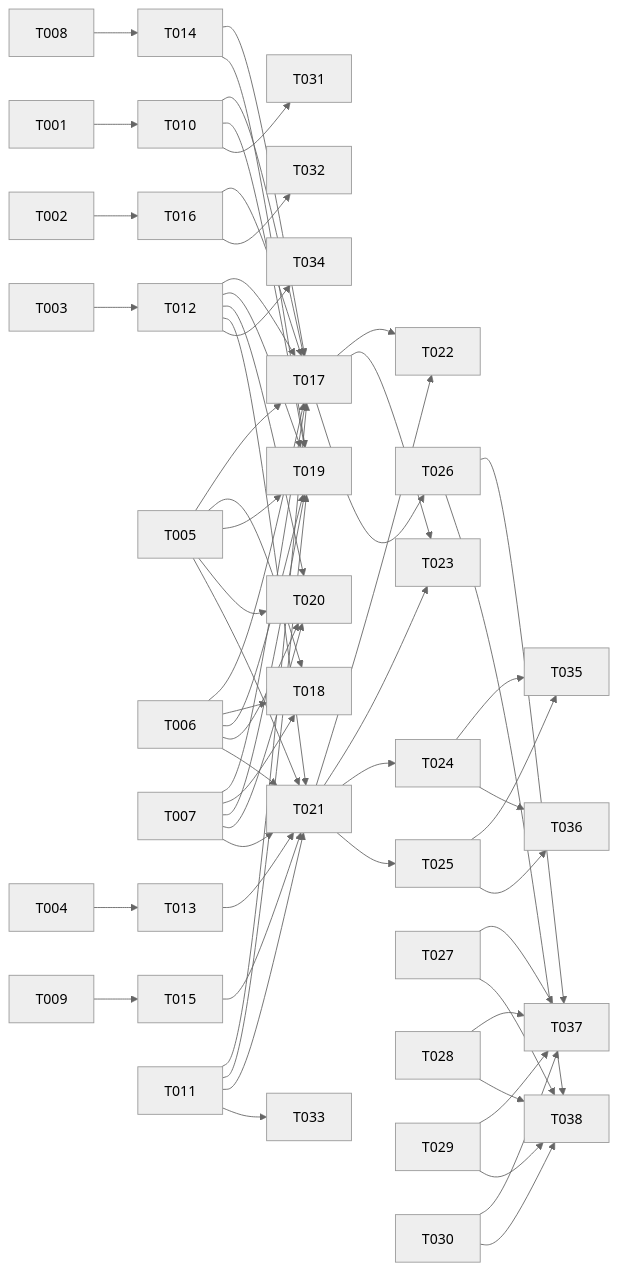
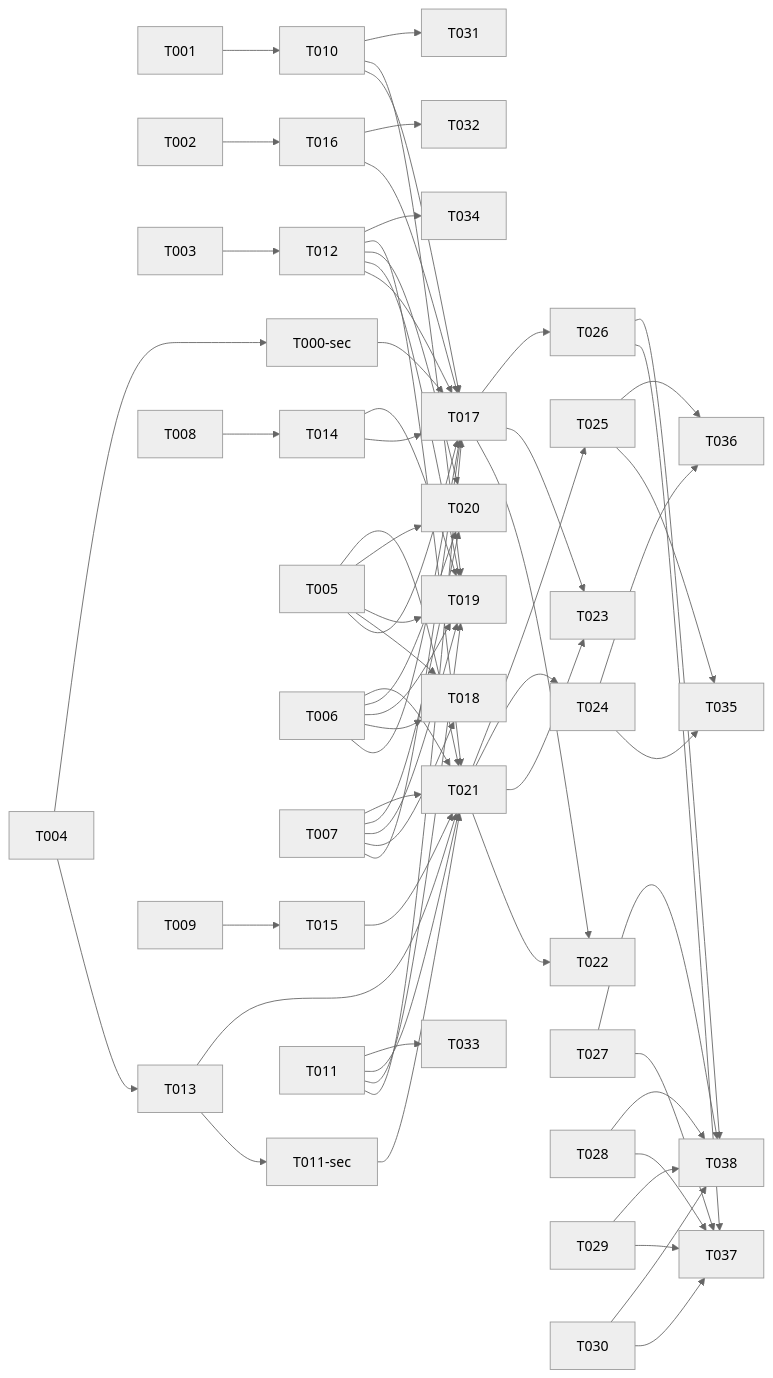
The diagram in specs/022-script-system-unification/tasks.md (UnderUndreGH/undev), drawn with Mermaid (neutral theme) before and after one commit. The commit also changed other lines of this file and 27 other files, not shown here.

````diff
--- a/specs/022-script-system-unification/tasks.md
+++ b/specs/022-script-system-unification/tasks.md
@@ -153,43 +159,47 @@
 ```mermaid
 graph LR
     T001 --> T010
     T002 --> T016
     T003 --> T012
     T004 --> T013
+    T004 --> T000-sec
+    T000-sec --> T017
+    T013 --> T011-sec
+    T011-sec --> T021
     T005 & T006 & T007 --> T017
     T005 & T006 & T007 --> T018
     T005 & T006 & T007 --> T019
     T005 & T006 & T007 --> T020
     T005 & T006 & T007 --> T021
     T008 --> T014
     T009 --> T015
     T010 --> T017
     T010 --> T019
     T011 --> T017
     T011 --> T019
     T011 --> T021
     T012 --> T017
     T012 --> T019
     T012 --> T020
     T012 --> T021
     T013 --> T021
     T014 --> T017
     T014 --> T019
     T015 --> T021
     T016 --> T017
     T017 --> T022
     T017 --> T023
     T017 --> T026
     T021 --> T022
     T021 --> T023
     T021 --> T024
     T021 --> T025
     T024 & T025 --> T035
     T024 & T025 --> T036
     T026 & T027 & T028 & T029 & T030 --> T037
     T026 & T027 & T028 & T029 & T030 --> T038
     T010 --> T031
     T016 --> T032
     T011 --> T033
     T012 --> T034
 ```
````
